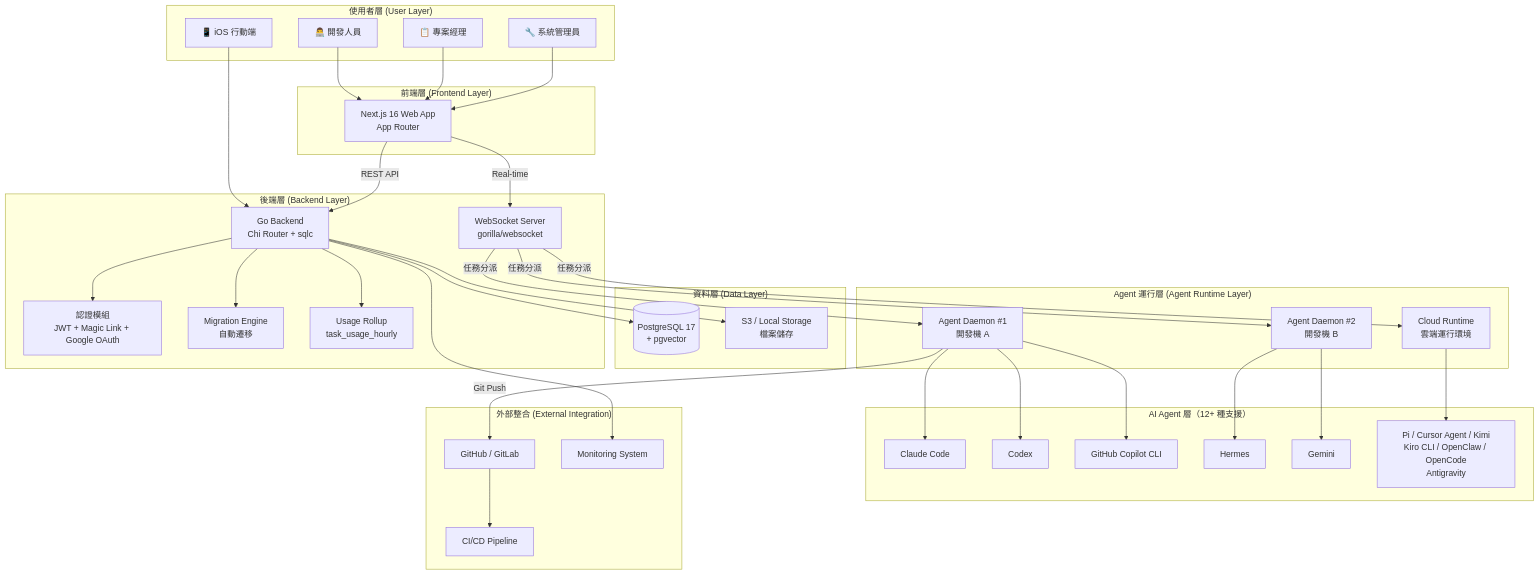
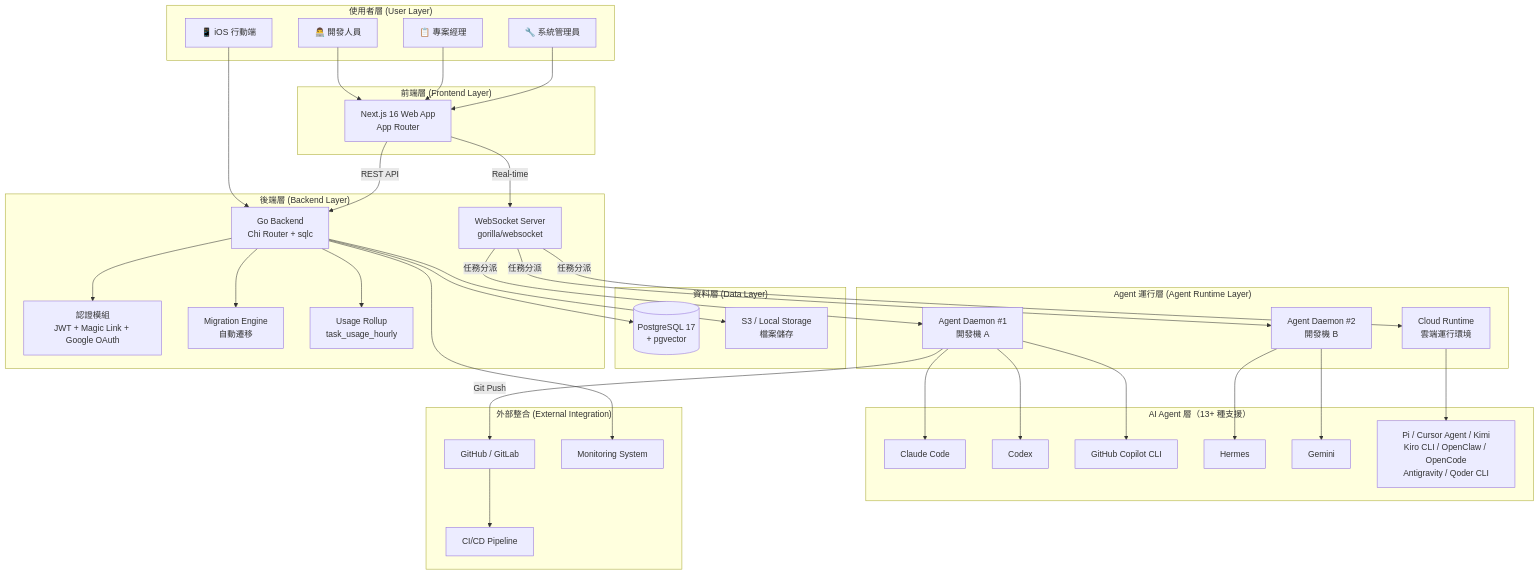
Before and after one commit to chihhung/Blog: the first of 26 diagrams in content/posts/教學/AI開發/Multica 教學手冊.md, drawn with Mermaid. The commit also changed other lines of this file and 22 other files, not shown here.

````diff
--- a/content/posts/教學/AI開發/Multica 教學手冊.md
+++ b/content/posts/教學/AI開發/Multica 教學手冊.md
@@ -256,76 +257,76 @@
 ```mermaid
 graph TB
     subgraph "使用者層 (User Layer)"
         DEV[👨‍💻 開發人員]
         PM[📋 專案經理]
         ADMIN[🔧 系統管理員]
         MOBILE[📱 iOS 行動端]
     end
 
     subgraph "前端層 (Frontend Layer)"
         WEB[Next.js 16 Web App<br/>App Router]
     end
 
     subgraph "後端層 (Backend Layer)"
         API[Go Backend<br/>Chi Router + sqlc]
         WS[WebSocket Server<br/>gorilla/websocket]
         AUTH[認證模組<br/>JWT + Magic Link + Google OAuth]
         MIGRATE[Migration Engine<br/>自動遷移]
         ROLLUP[Usage Rollup<br/>task_usage_hourly]
     end
 
     subgraph "資料層 (Data Layer)"
         DB[(PostgreSQL 17<br/>+ pgvector)]
         S3[S3 / Local Storage<br/>檔案儲存]
     end
 
     subgraph "Agent 運行層 (Agent Runtime Layer)"
         DAEMON1[Agent Daemon #1<br/>開發機 A]
         DAEMON2[Agent Daemon #2<br/>開發機 B]
         CLOUD_RT[Cloud Runtime<br/>雲端運行環境]
     end
 
-    subgraph "AI Agent 層（12+ 種支援）"
+    subgraph "AI Agent 層（13+ 種支援）"
         CLAUDE[Claude Code]
         CODEX[Codex]
         COPILOT[GitHub Copilot CLI]
         HERMES[Hermes]
         GEMINI[Gemini]
-        OTHERS[Pi / Cursor Agent / Kimi<br/>Kiro CLI / OpenClaw / OpenCode<br/>Antigravity]
+        OTHERS[Pi / Cursor Agent / Kimi<br/>Kiro CLI / OpenClaw / OpenCode<br/>Antigravity / Qoder CLI]
     end
 
     subgraph "外部整合 (External Integration)"
         GITHUB[GitHub / GitLab]
         CICD[CI/CD Pipeline]
         MONITOR[Monitoring System]
     end
 
     DEV --> WEB
     PM --> WEB
     ADMIN --> WEB
     MOBILE --> API
 
     WEB -->|REST API| API
     WEB -->|Real-time| WS
 
     API --> AUTH
     API --> DB
     API --> S3
     API --> MIGRATE
     API --> ROLLUP
 
     WS -->|任務分派| DAEMON1
     WS -->|任務分派| DAEMON2
     WS -->|任務分派| CLOUD_RT
 
     DAEMON1 --> CLAUDE
     DAEMON1 --> CODEX
     DAEMON1 --> COPILOT
     DAEMON2 --> HERMES
     DAEMON2 --> GEMINI
     CLOUD_RT --> OTHERS
 
     DAEMON1 -->|Git Push| GITHUB
     GITHUB --> CICD
     API --> MONITOR
 ```
````
